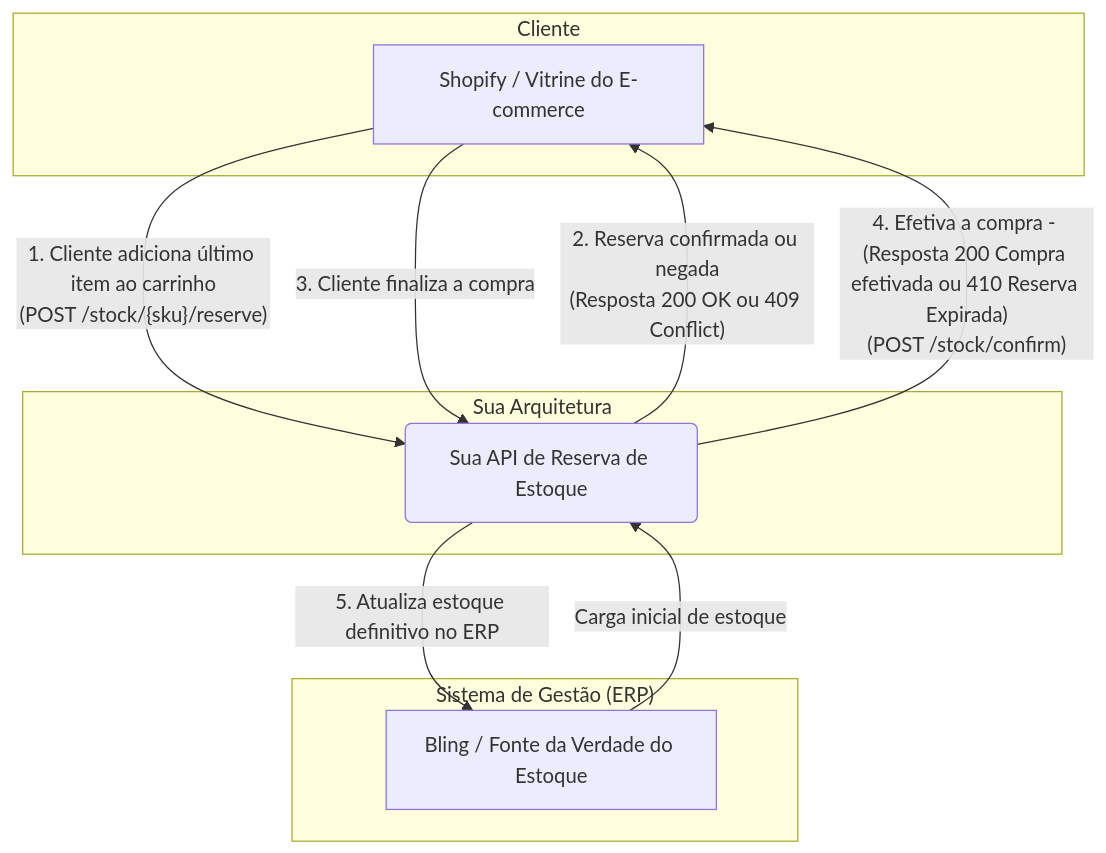
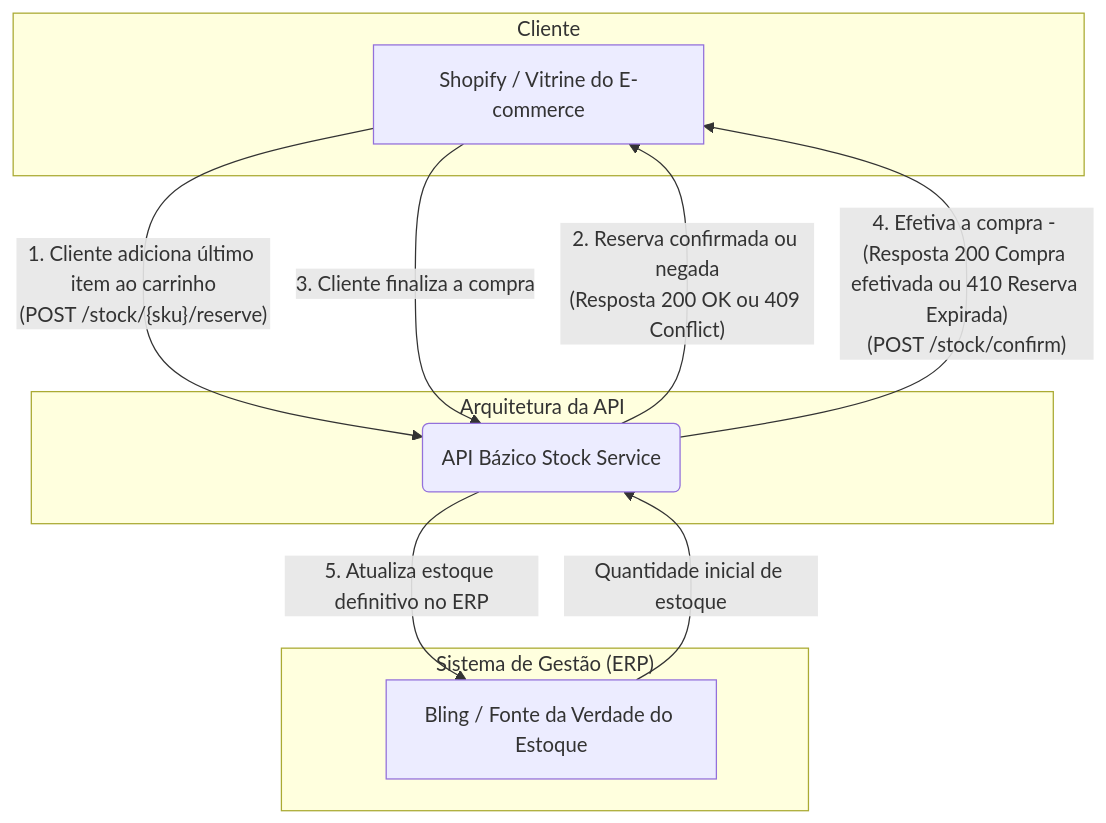
The second of 2 diagrams in README.md (motamarcelo/bazi-challenge), drawn with Mermaid before and after one commit. The commit also changed other lines of this file and 1 other file, not shown here.

````diff
--- a/README.md
+++ b/README.md
@@ -1,26 +44,26 @@
 ```mermaid
 graph TD
     subgraph "Cliente"
         A[Shopify / Vitrine do E-commerce]
     end
 
-    subgraph "Sua Arquitetura"
-        B(Sua API de Reserva de Estoque)
+    subgraph "Arquitetura da API"
+        B(API Bázico Stock Service)
     end
 
     subgraph "Sistema de Gestão (ERP)"
         C[Bling / Fonte da Verdade do Estoque]
     end
 
     %% Fluxo Principal de Reserva (Alta Frequência)
     A -- "1. Cliente adiciona último item ao carrinho<br>(POST /stock/{sku}/reserve)" --> B;
     B -- "2. Reserva confirmada ou negada<br>(Resposta 200 OK ou 409 Conflict)" --> A;
 
     %% Fluxo de Confirmação de Compra (Menor Frequência)
     A -- "3. Cliente finaliza a compra" --> B;
     B -- "4. Efetiva a compra - (Resposta 200 Compra efetivada ou 410 Reserva Expirada)<br>(POST /stock/confirm)" --> A;
     B -- "5. Atualiza estoque definitivo no ERP" --> C;
 
     %% Fluxo de Sincronização Inicial (Baixa Frequência)
-    C -- "Carga inicial de estoque" --> B;
+    C -- "Quantidade inicial de estoque" --> B;
 ```
````
